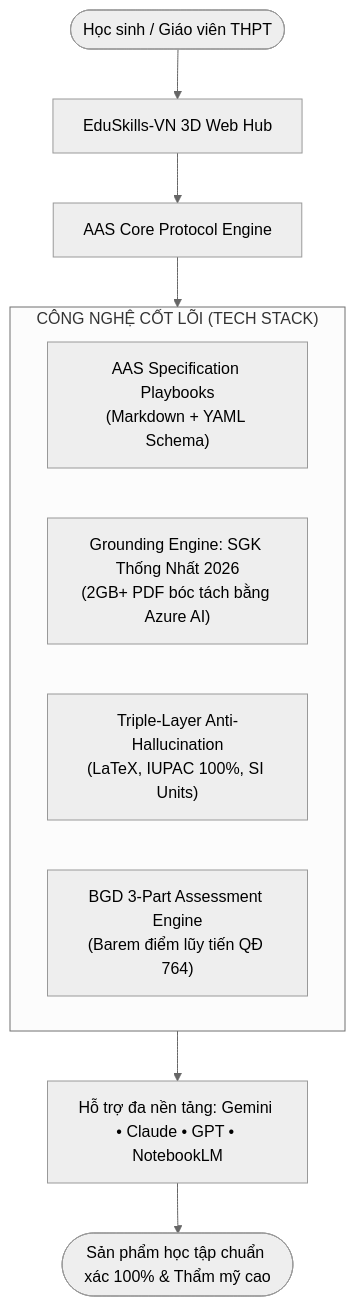
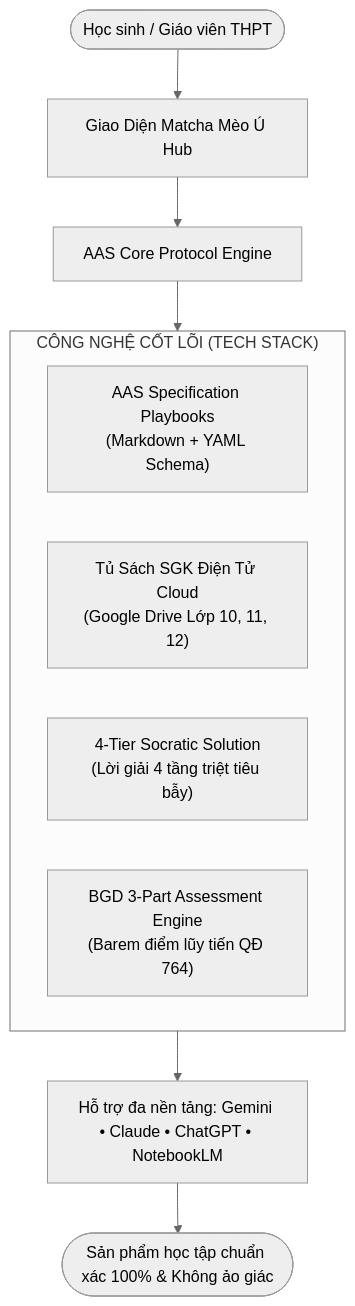
One commit to Wothing0406/EduSkills-VN changed the diagram in readme.md. Above: the diagram before and after it, drawn with Mermaid (neutral theme). The commit also changed other lines of this file and 13 other files, not shown here.

Commit message:
feat(v0.1.2): matcha meo u UI, 4-tier socratic solutions, google drive SGK 10-11-12 integration, meta-tools upgrade

````diff
--- a/readme.md
+++ b/readme.md
@@ -25,16 +29,16 @@
 ```mermaid
 graph TD
-    User([Học sinh / Giáo viên THPT]) --> Hub[EduSkills-VN 3D Web Hub]
+    User([Học sinh / Giáo viên THPT]) --> Hub[Giao Diện Matcha Mèo Ú Hub]
     Hub --> Engine[AAS Core Protocol Engine]
     
     subgraph Core_Tech ["CÔNG NGHỆ CỐT LÕI (TECH STACK)"]
         AAS["AAS Specification Playbooks<br/>(Markdown + YAML Schema)"]
-        RAG["Grounding Engine: SGK Thống Nhất 2026<br/>(2GB+ PDF bóc tách bằng Azure AI)"]
-        Guard["Triple-Layer Anti-Hallucination<br/>(LaTeX, IUPAC 100%, SI Units)"]
+        DriveCloud["Tủ Sách SGK Điện Tử Cloud<br/>(Google Drive Lớp 10, 11, 12)"]
+        Socratic["4-Tier Socratic Solution<br/>(Lời giải 4 tầng triệt tiêu bẫy)"]
         ExamEngine["BGD 3-Part Assessment Engine<br/>(Barem điểm lũy tiến QĐ 764)"]
     end
     
     Engine --> Core_Tech
-    Core_Tech --> AI_Clients["Hỗ trợ đa nền tảng: Gemini • Claude • GPT • NotebookLM"]
-    AI_Clients --> Output([Sản phẩm học tập chuẩn xác 100% & Thẩm mỹ cao])
+    Core_Tech --> AI_Clients["Hỗ trợ đa nền tảng: Gemini • Claude • ChatGPT • NotebookLM"]
+    AI_Clients --> Output([Sản phẩm học tập chuẩn xác 100% & Không ảo giác])
 ```
````
